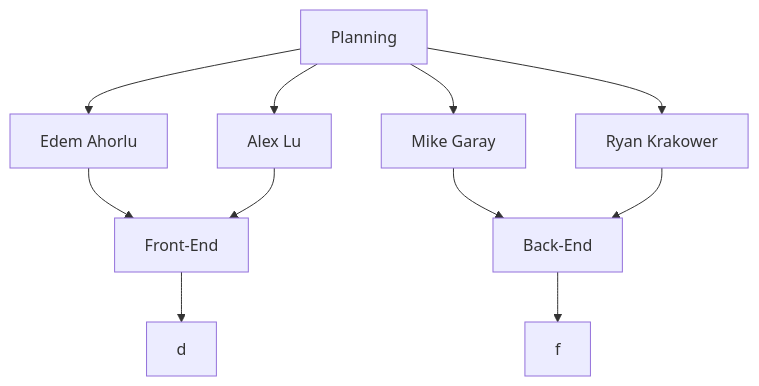
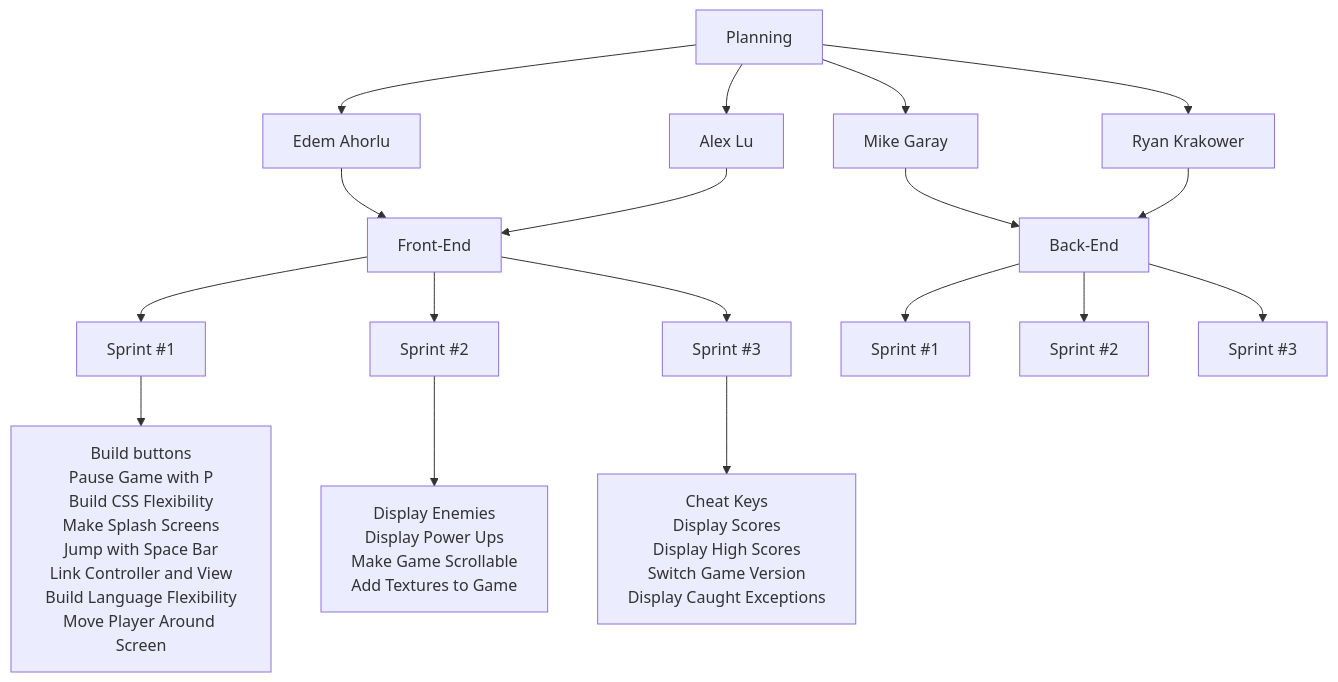
One commit to mgaray99/final_team02 changed the second of 2 diagrams in doc/presentation1/presentationFile.md. Above: the diagram before and after it, drawn with Mermaid.

Commit message:
Finished Frontend features

````diff
--- a/doc/presentation1/presentationFile.md
+++ b/doc/presentation1/presentationFile.md
@@ -31,14 +31,21 @@
 ```mermaid
 graph TD;
   Planning-->Edem[Edem Ahorlu]
   Planning-->Alex[Alex Lu]
   Planning-->Mike[Mike Garay]
   Planning-->Ryan[Ryan Krakower]
   Edem[Edem Ahorlu]-->FrontEnd[Front-End]
   Alex[Alex Lu]-->FrontEnd[Front-End]
   Mike[Mike Garay]-->BackEnd[Back-End]
   Ryan[Ryan Krakower]-->BackEnd[Back-End]
-  FrontEnd[Front-End]-->Feature[d]
-  BackEnd[Back-End]-->Features[f]
+  FrontEnd[Front-End]-->1[Sprint #1]
+  FrontEnd[Front-End]-->2[Sprint #2]
+  FrontEnd[Front-End]-->3[Sprint #3]
+  BackEnd[Back-End]-->S1[Sprint #1]
+  BackEnd[Back-End]-->S2[Sprint #2]
+  BackEnd[Back-End]-->S3[Sprint #3]
+  1[Sprint #1]-->F1[Build buttons<br/>Pause Game with P<br/>Build CSS Flexibility<br/>Make Splash Screens<br/>Jump with Space Bar<br/>Link Controller and View<br/>Build Language Flexibility<br/>Move Player Around Screen]
+  2[Sprint #2]-->F2[Display Enemies<br/>Display Power Ups<br/>Make Game Scrollable<br/>Add Textures to Game]
+  3[Sprint #3]-->F3[Cheat Keys<br/>Display Scores<br/>Display High Scores<br/>Switch Game Version<br/>Display Caught Exceptions]
 
 ```
````
